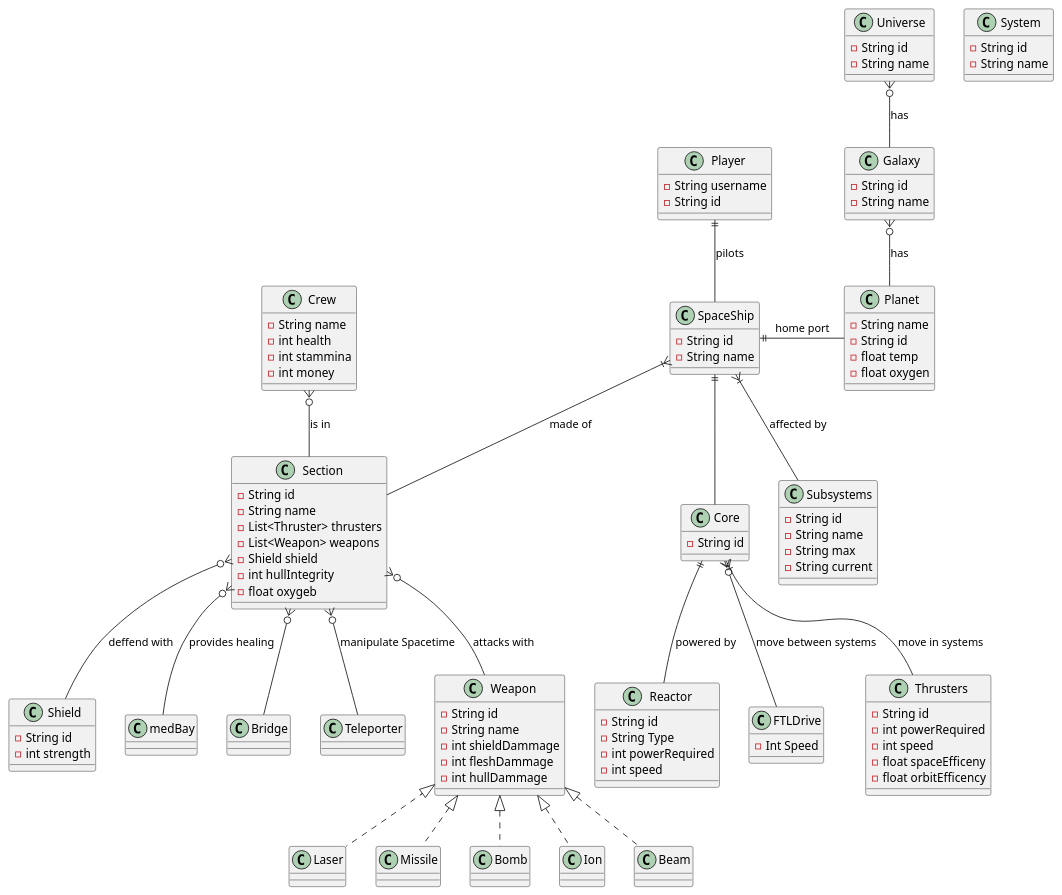
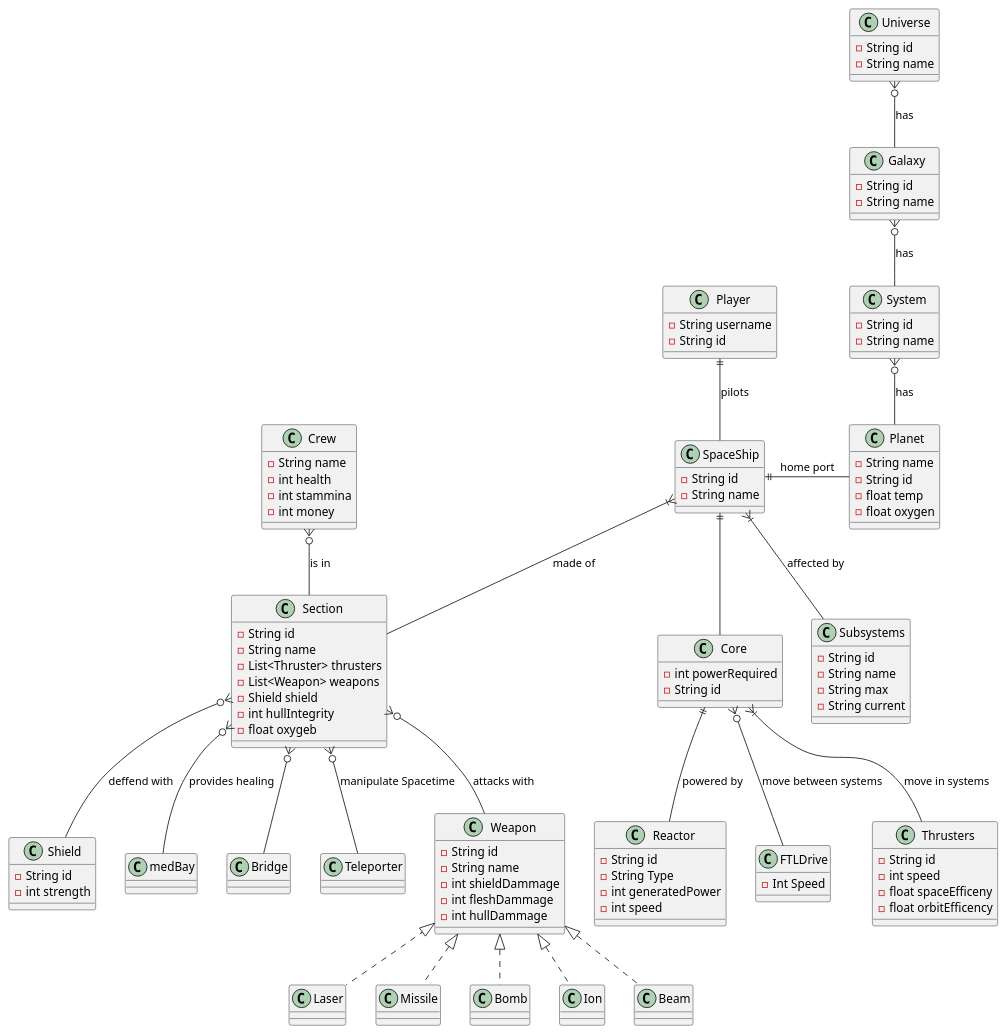
Before and after one commit to ksreyr/SpaceStudio: the second of 2 diagrams in docs/model.org, drawn with PlantUML. The commit also changed 2 other files, not shown here.

Commit message:
add system to view

```diff
--- a/docs/model.org
+++ b/docs/model.org
@@ -23,13 +23,14 @@
 }
 
 class Core {
+  - int powerRequired
   - String id
 }
 
 class Reactor {
   - String id
   - String Type
-  - int powerRequired
+  - int generatedPower
   - int speed
 }
 
@@ -65,7 +66,6 @@
 
 class Thrusters {
   - String id
-  - int powerRequired
   - int speed
   - float spaceEfficeny
   - float orbitEfficency
@@ -124,7 +124,8 @@
 
 
 Universe }o-- Galaxy: has
-Galaxy   }o-- Planet: has
+Galaxy }o-- System: has
+System }o-- Planet: has
 SpaceShip ||-right- Planet : home port
 
 Player ||-- SpaceShip: pilots
```
